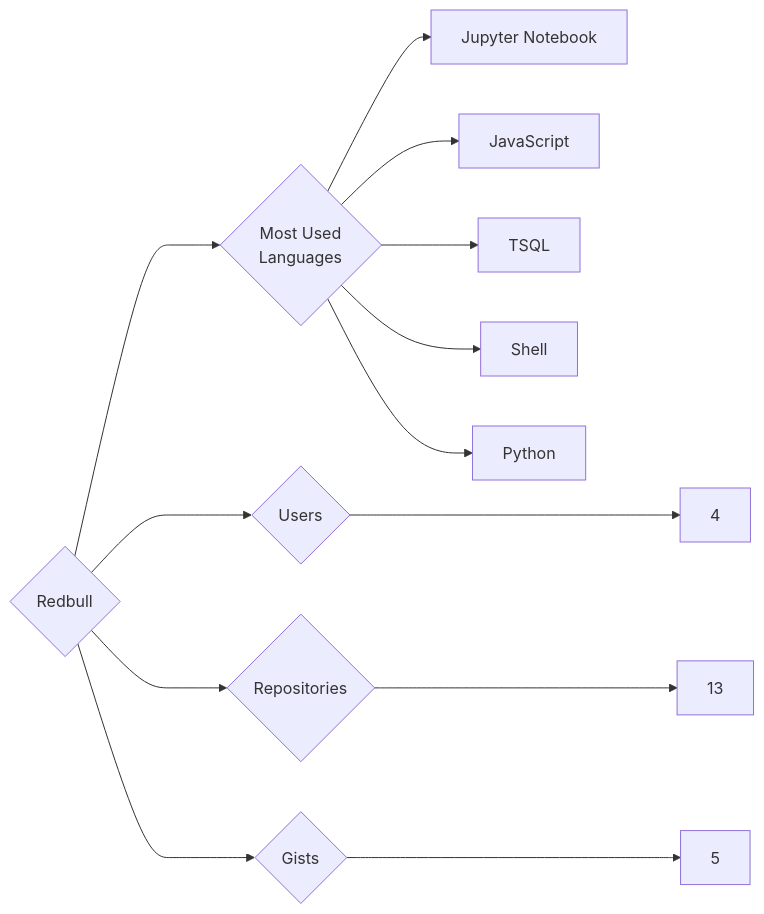
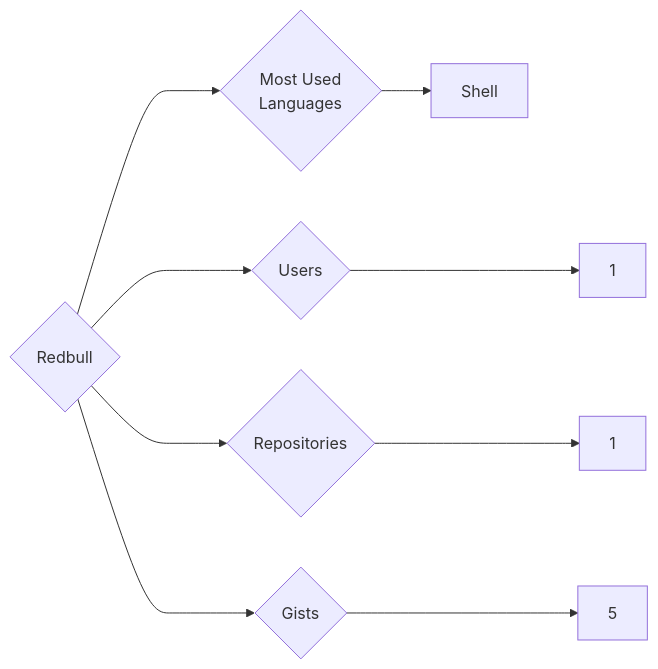
One commit to trickest/insiders changed the diagram in targets/Redbull/README.md. Above: the diagram before and after it, drawn with Mermaid. The commit also changed 770 other files, not shown here.

````diff
--- a/targets/Redbull/README.md
+++ b/targets/Redbull/README.md
@@ -3,13 +3,9 @@
 ```mermaid
 graph LR
 COMPANY_NAME{Redbull}
-COMPANY_NAME ---> U{Users} ---> UN[4]
-COMPANY_NAME ---> R{Repositories} ---> RN[13]
+COMPANY_NAME ---> U{Users} ---> UN[1]
+COMPANY_NAME ---> R{Repositories} ---> RN[1]
 COMPANY_NAME ---> G{Gists} ---> GN[5]
 COMPANY_NAME ---> ML{Most Used<br>Languages}
-ML --> Jupyter_Notebook[Jupyter Notebook]
-ML --> JavaScript[JavaScript]
-ML --> TSQL[TSQL]
 ML --> Shell[Shell]
-ML --> Python[Python]
 ```
````
